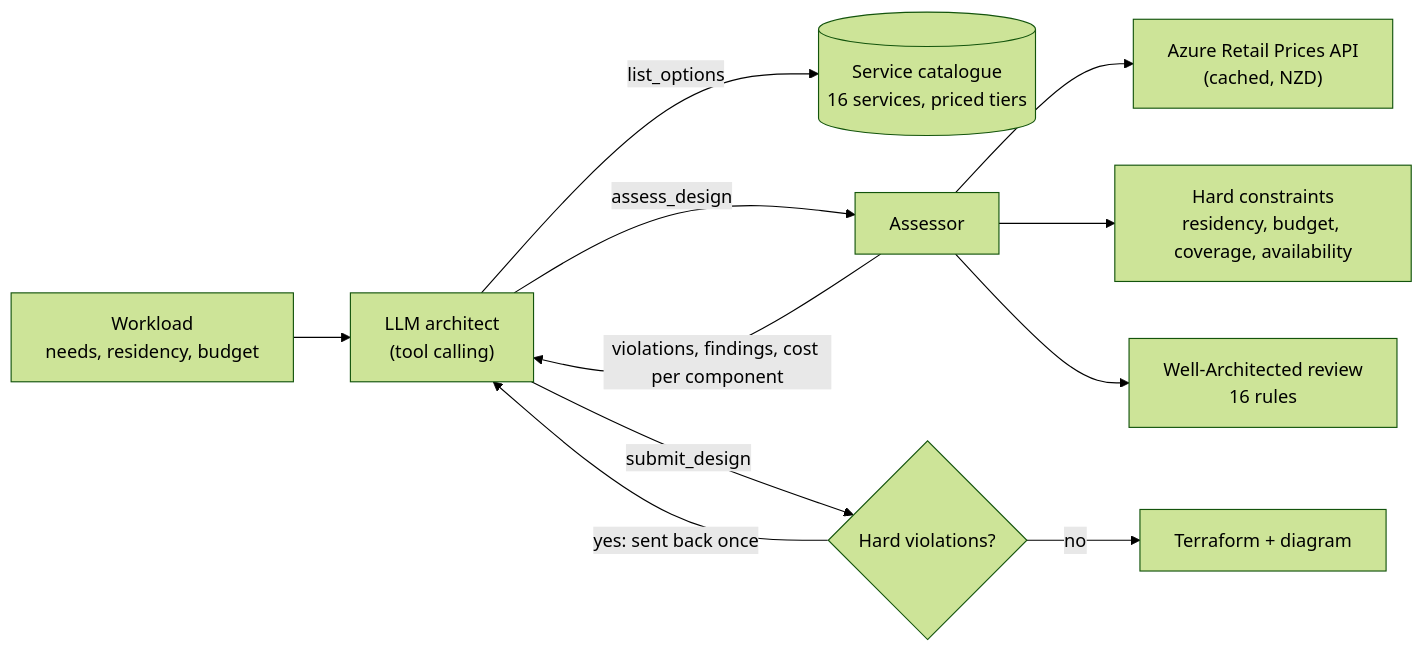
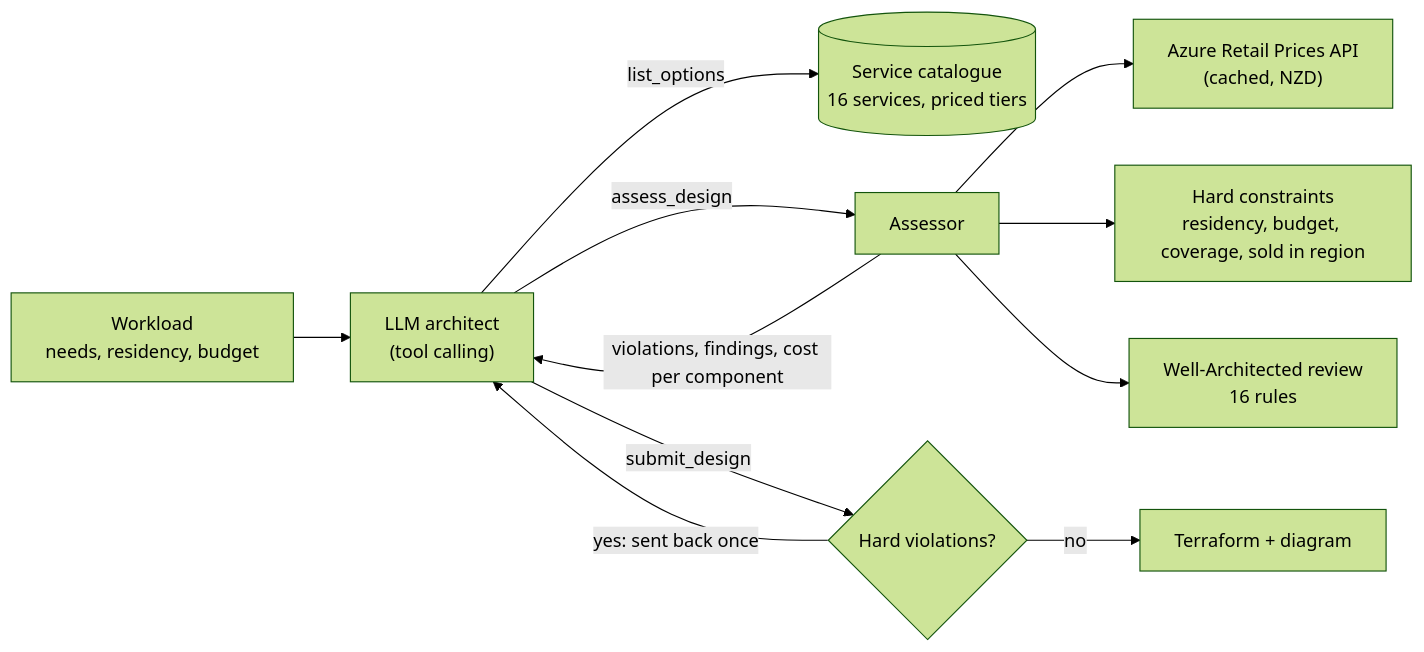
One commit to samiulhuda360/cloud-architect-agent changed the third of 3 diagrams in README.md. Above: the diagram before and after it, drawn with Mermaid (forest theme). The commit also changed other lines of this file and 1 other file, not shown here.

Commit message:
Docs: complete guide with architecture, request flow, setup and usage

````diff
--- a/README.md
+++ b/README.md
@@ -73,13 +168,13 @@
 ```mermaid
 flowchart LR
   W["Workload<br/>needs, residency, budget"] --> L["LLM architect<br/>(tool calling)"]
   L -- list_options --> C[("Service catalogue<br/>16 services, priced tiers")]
   L -- assess_design --> A["Assessor"]
   A --> P["Azure Retail Prices API<br/>(cached, NZD)"]
-  A --> K["Hard constraints<br/>residency, budget, coverage, availability"]
+  A --> K["Hard constraints<br/>residency, budget, coverage, sold in region"]
   A --> R["Well-Architected review<br/>16 rules"]
   A -- "violations, findings, cost per component" --> L
   L -- submit_design --> G{"Hard violations?"}
   G -- "yes: sent back once" --> L
   G -- no --> T["Terraform + diagram"]
 ```
````
